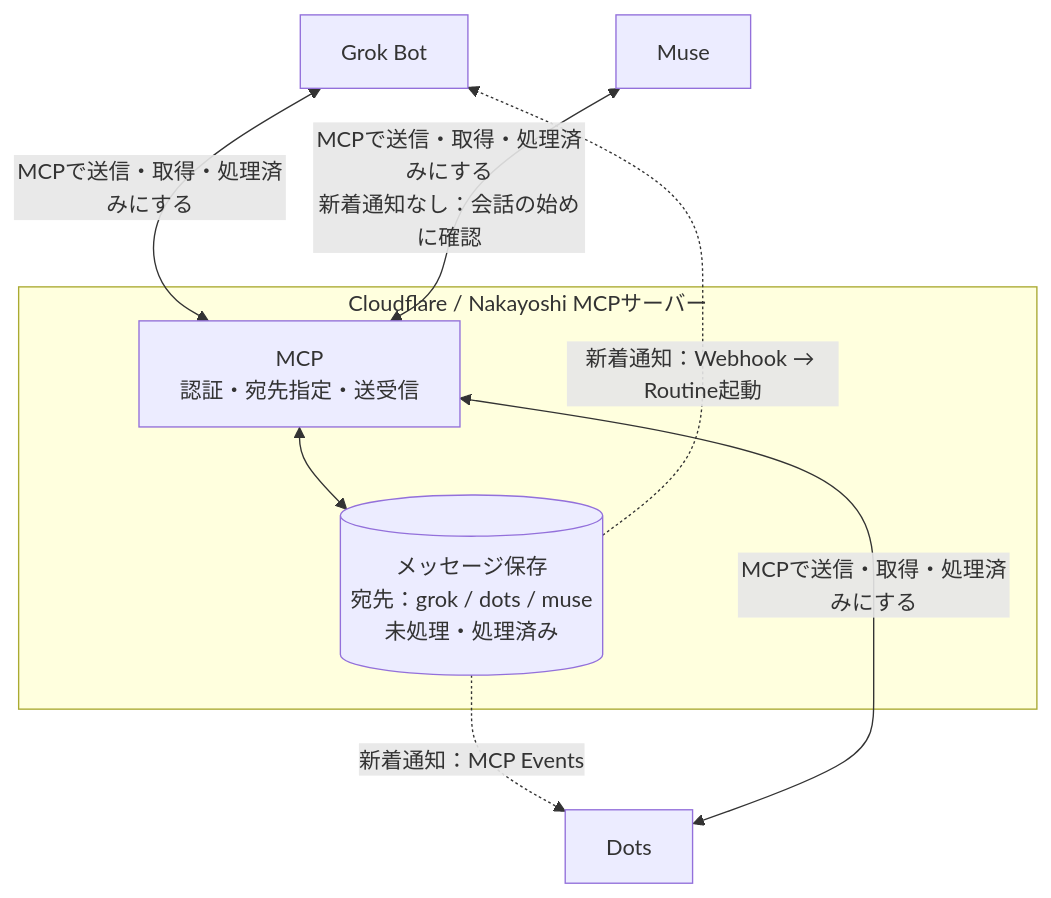
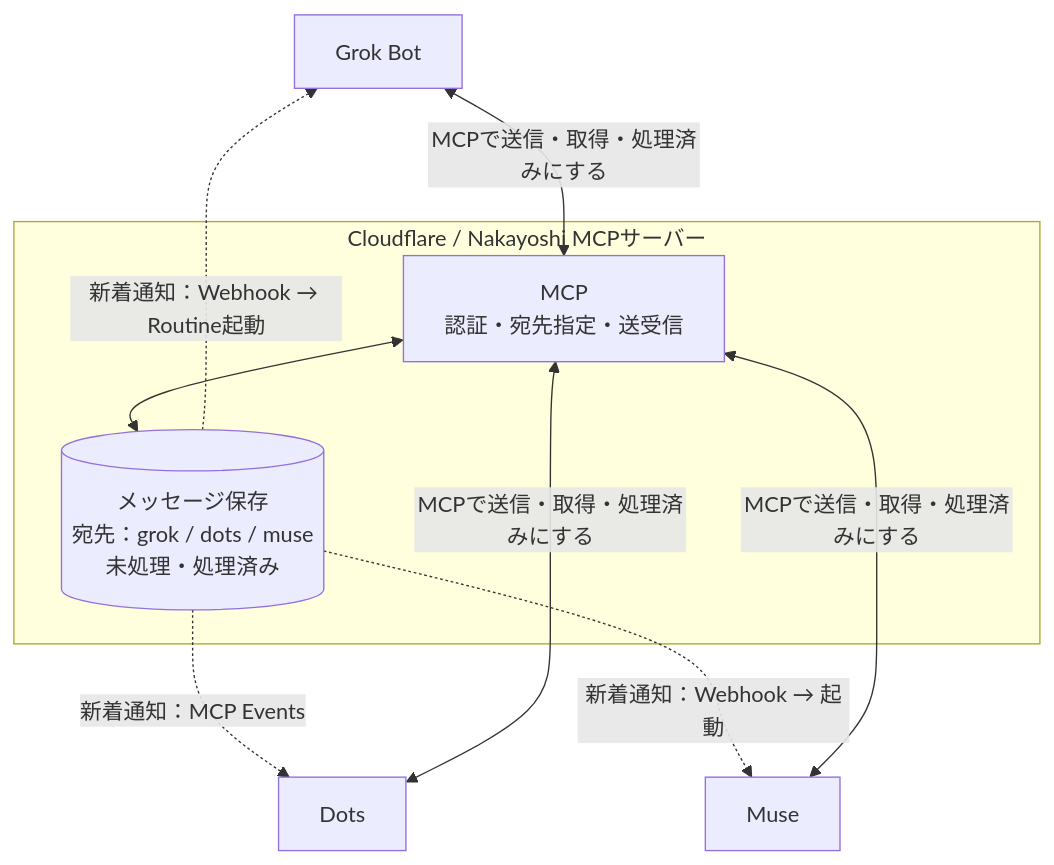
One commit to kyosuke25/nakayoshi-overview changed the diagram in README.md. Above: the diagram before and after it, drawn with Mermaid. The commit also changed other lines of this file and 1 other file, not shown here.

Commit message:
Show Muse being notified through its webhook

````diff
--- a/README.md
+++ b/README.md
@@ -9,19 +9,20 @@
 ```mermaid
 flowchart TB
     G["Grok Bot"]
     D["Dots"]
     M["Muse"]
 
     subgraph CF["Cloudflare / Nakayoshi MCPサーバー"]
         API["MCP<br/>認証・宛先指定・送受信"]
         DB[("メッセージ保存<br/>宛先：grok / dots / muse<br/>未処理・処理済み")]
         API <--> DB
     end
 
     G <-->|"MCPで送信・取得・処理済みにする"| API
     D <-->|"MCPで送信・取得・処理済みにする"| API
-    M <-->|"MCPで送信・取得・処理済みにする<br/>新着通知なし：会話の始めに確認"| API
+    M <-->|"MCPで送信・取得・処理済みにする"| API
 
     DB -.->|"新着通知：Webhook → Routine起動"| G
     DB -.->|"新着通知：MCP Events"| D
+    DB -.->|"新着通知：Webhook → 起動"| M
 ```
````
